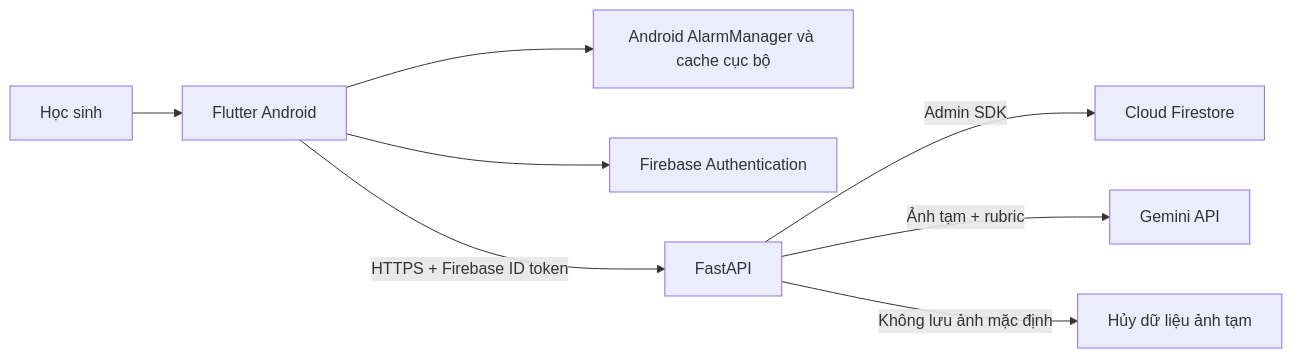
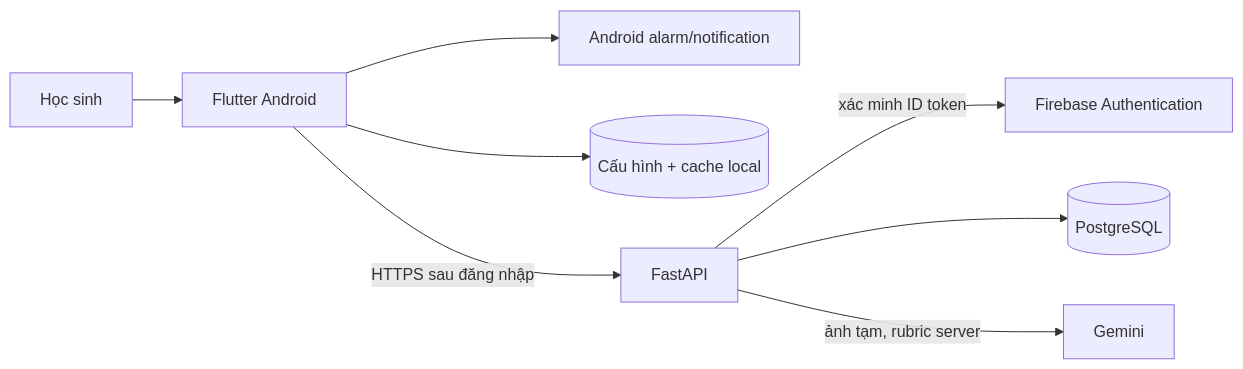
One commit to Wothing0406/MindClock changed the diagram in docs/06-kien-truc-va-du-lieu.md. Above: the diagram before and after it, drawn with Mermaid. The commit also changed other lines of this file and 35 other files, not shown here.

````diff
--- a/docs/06-kien-truc-va-du-lieu.md
+++ b/docs/06-kien-truc-va-du-lieu.md
@@ -11,10 +7,10 @@
 ```mermaid
 flowchart LR
-  U[Học sinh] --> F[Flutter Android]
-  F --> A[Android AlarmManager và cache cục bộ]
-  F --> Auth[Firebase Authentication]
-  F -->|HTTPS + Firebase ID token| API[FastAPI]
-  API -->|Admin SDK| DB[Cloud Firestore]
-  API -->|Ảnh tạm + rubric| G[Gemini API]
-  API -->|Không lưu ảnh mặc định| X[Hủy dữ liệu ảnh tạm]
+  U[Học sinh] --> M[Flutter Android]
+  M --> OS[Android alarm/notification]
+  M --> L[(Cấu hình + cache local)]
+  M -->|HTTPS sau đăng nhập| API[FastAPI]
+  API -->|xác minh ID token| Auth[Firebase Authentication]
+  API --> DB[(PostgreSQL)]
+  API -->|ảnh tạm, rubric server| AI[Gemini]
 ```
````
